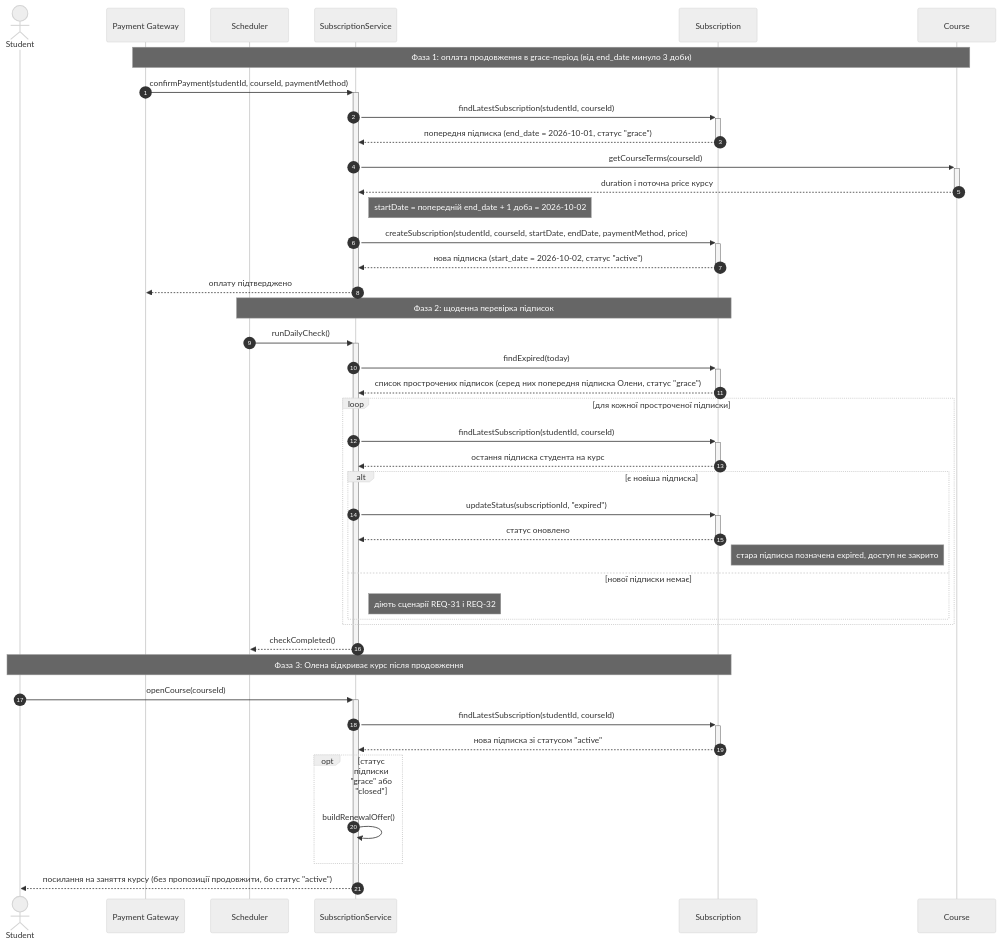
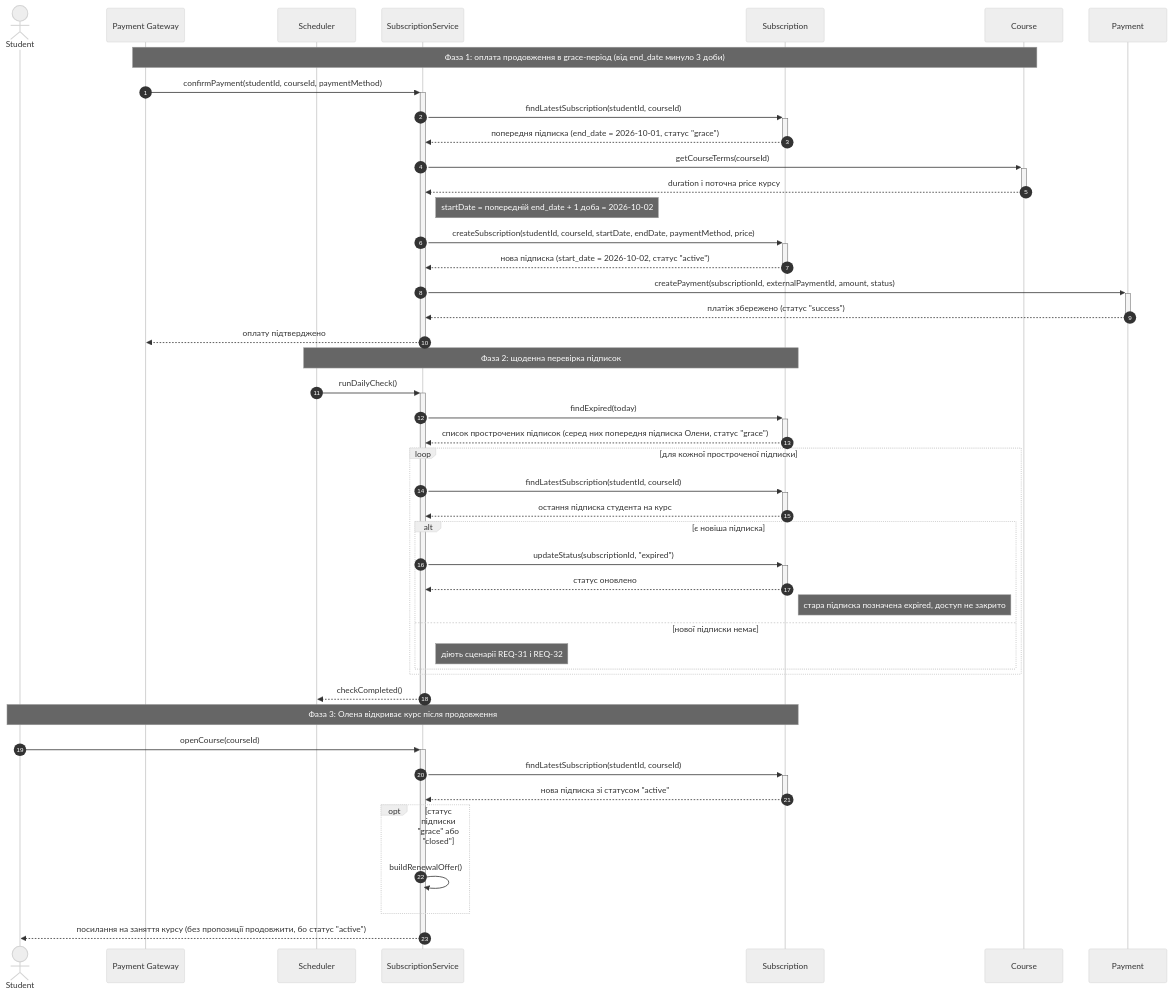
The diagram in Sequence Diagram/diagram-req-46.mmd (grmaryna/MathHub), drawn with Mermaid (neutral theme) before and after one commit. The commit also changed 1 other file, not shown here.

Commit message:
додано в діаграму payment

```diff
--- a/Sequence Diagram/diagram-req-46.mmd
+++ b/Sequence Diagram/diagram-req-46.mmd
@@ -1,54 +1,56 @@
 sequenceDiagram
     autonumber
     actor Student
     participant PaymentGateway as Payment Gateway
     participant Scheduler
     participant SubscriptionService
     participant Subscription
     participant Course
 
     Note over PaymentGateway,Course: Фаза 1: оплата продовження в grace-період (від end_date минуло 3 доби)
 
     PaymentGateway->>+SubscriptionService: confirmPayment(studentId, courseId, paymentMethod)
     SubscriptionService->>+Subscription: findLatestSubscription(studentId, courseId)
     Subscription-->>-SubscriptionService: попередня підписка (end_date = 2026-10-01, статус "grace")
     SubscriptionService->>+Course: getCourseTerms(courseId)
     Course-->>-SubscriptionService: duration і поточна price курсу
 
     Note right of SubscriptionService: startDate = попередній end_date + 1 доба = 2026-10-02
 
     SubscriptionService->>+Subscription: createSubscription(studentId, courseId, startDate, endDate, paymentMethod, price)
     Subscription-->>-SubscriptionService: нова підписка (start_date = 2026-10-02, статус "active")
+    SubscriptionService->>+Payment: createPayment(subscriptionId, externalPaymentId, amount, status)
+    Payment-->>-SubscriptionService: платіж збережено (статус "success")
     SubscriptionService-->>-PaymentGateway: оплату підтверджено
 
     Note over Scheduler,Subscription: Фаза 2: щоденна перевірка підписок
 
     Scheduler->>+SubscriptionService: runDailyCheck()
     SubscriptionService->>+Subscription: findExpired(today)
     Subscription-->>-SubscriptionService: список прострочених підписок (серед них попередня підписка Олени, статус "grace")
 
     loop для кожної простроченої підписки
         SubscriptionService->>+Subscription: findLatestSubscription(studentId, courseId)
         Subscription-->>-SubscriptionService: остання підписка студента на курс
 
         alt є новіша підписка
             SubscriptionService->>+Subscription: updateStatus(subscriptionId, "expired")
             Subscription-->>-SubscriptionService: статус оновлено
             Note right of Subscription: стара підписка позначена expired, доступ не закрито
         else нової підписки немає
             Note right of SubscriptionService: діють сценарії REQ-31 і REQ-32
         end
     end
     SubscriptionService-->>-Scheduler: checkCompleted()
 
     Note over Student,Subscription: Фаза 3: Олена відкриває курс після продовження
 
     Student->>+SubscriptionService: openCourse(courseId)
     SubscriptionService->>+Subscription: findLatestSubscription(studentId, courseId)
     Subscription-->>-SubscriptionService: нова підписка зі статусом "active"
 
     opt статус підписки "grace" або "closed"
         SubscriptionService->>SubscriptionService: buildRenewalOffer()
     end
 
     SubscriptionService-->>-Student: посилання на заняття курсу (без пропозиції продовжити, бо статус "active")
```
